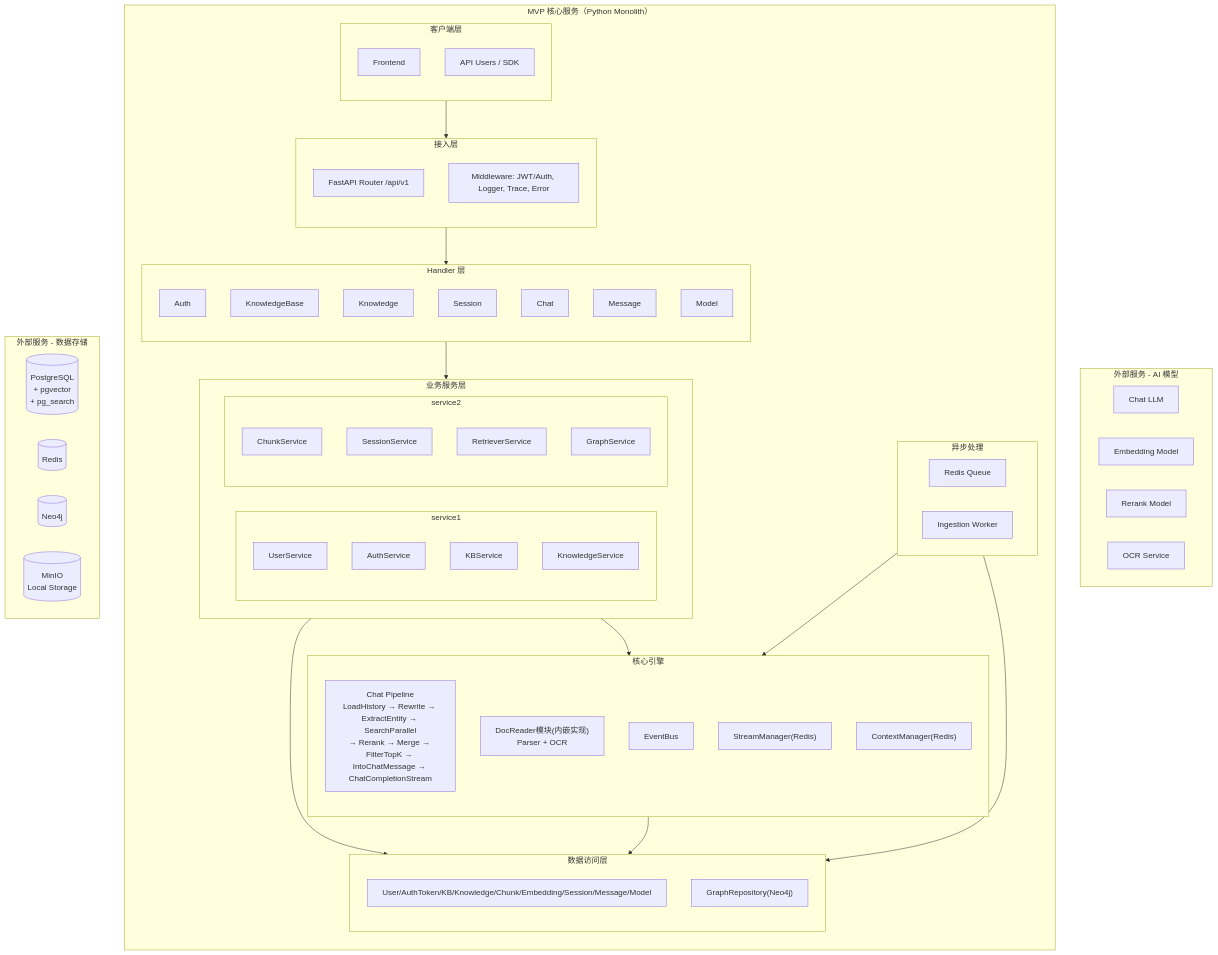
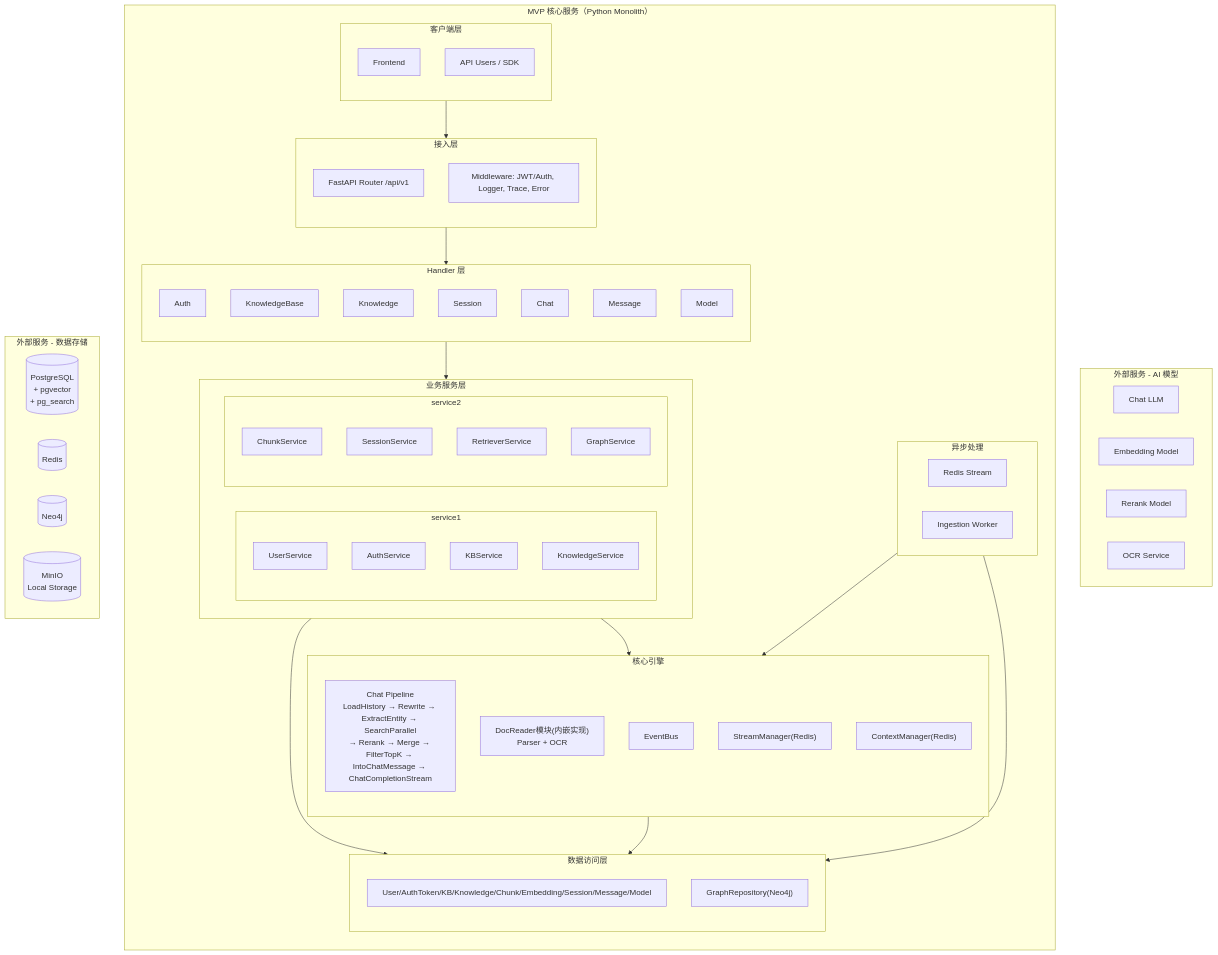
Before and after one commit to jiyue333/Webotmvp: the first of 2 diagrams in mvp.md, drawn with Mermaid. The commit also changed other lines of this file and 156 other files, not shown here.

```diff
--- a/mvp.md
+++ b/mvp.md
@@ -159,7 +159,7 @@
 
         subgraph Async["异步处理"]
             direction LR
-            QUEUE["Redis Queue"]
+            QUEUE["Redis Stream"]
             WORKER["Ingestion Worker"]
         end
     end
```
